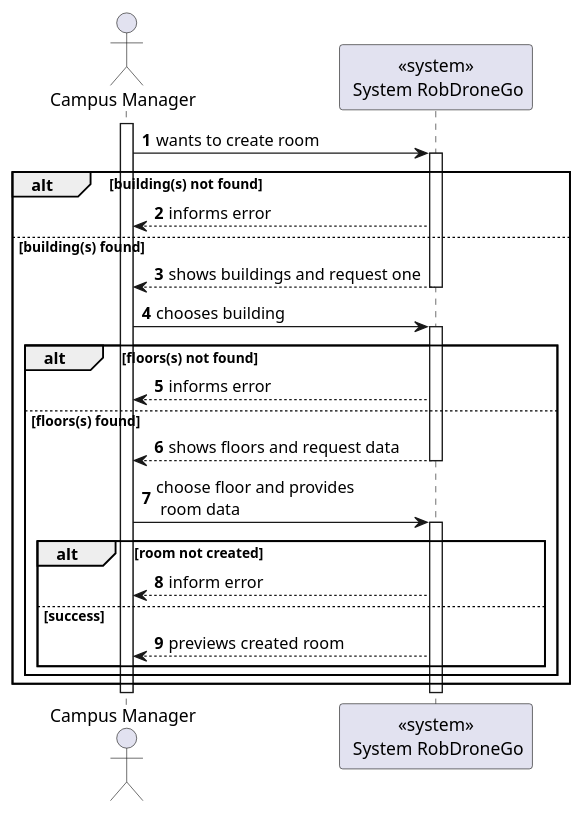
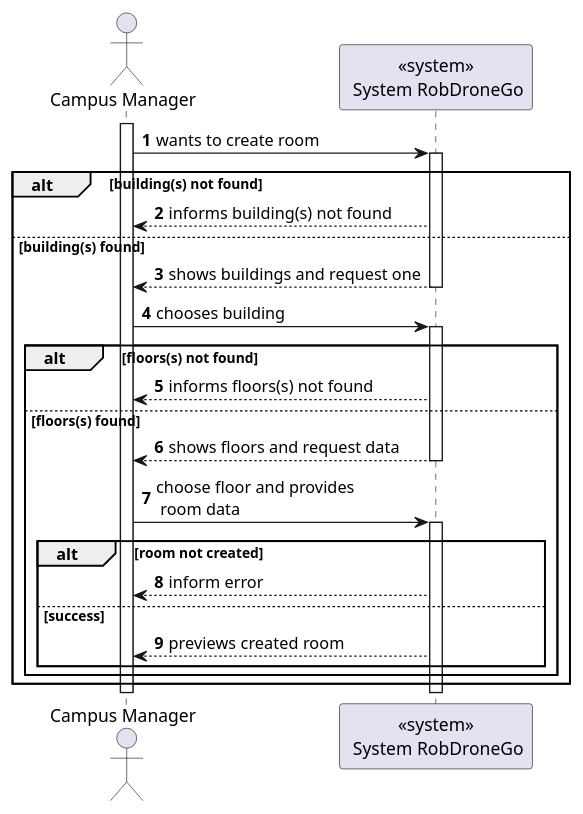
Before and after one commit to Departamento-de-Engenharia-Informatica/lapr5-23-24-g19: the diagram in docs/us1210/level1/process-view.puml, drawn with PlantUML. The commit also changed 3 other files, not shown here.

```diff
--- a/docs/us1210/level1/process-view.puml
+++ b/docs/us1210/level1/process-view.puml
@@ -1,38 +1,38 @@
 @startuml
 autonumber
 
 actor "Campus Manager" as usr
 
 participant "<<system>>\n System RobDroneGo" as sys
 
 activate usr
     usr -> sys : wants to create room
     activate sys
         alt building(s) not found
-            sys --> usr: informs error
+            sys --> usr: informs building(s) not found
         else building(s) found
             sys --> usr : shows buildings and request one
     deactivate sys
 
     usr -> sys : chooses building
     activate sys
         alt floors(s) not found
-            sys --> usr: informs error
+            sys --> usr: informs floors(s) not found
         else floors(s) found
             sys --> usr: shows floors and request data
     deactivate sys
 
     usr -> sys : choose floor and provides\n room data
     activate sys
         alt room not created
             sys --> usr : inform error
         else success
             sys --> usr : previews created room
 
             end
         end
     end
     deactivate sys
 deactivate usr
 
 @enduml
```
